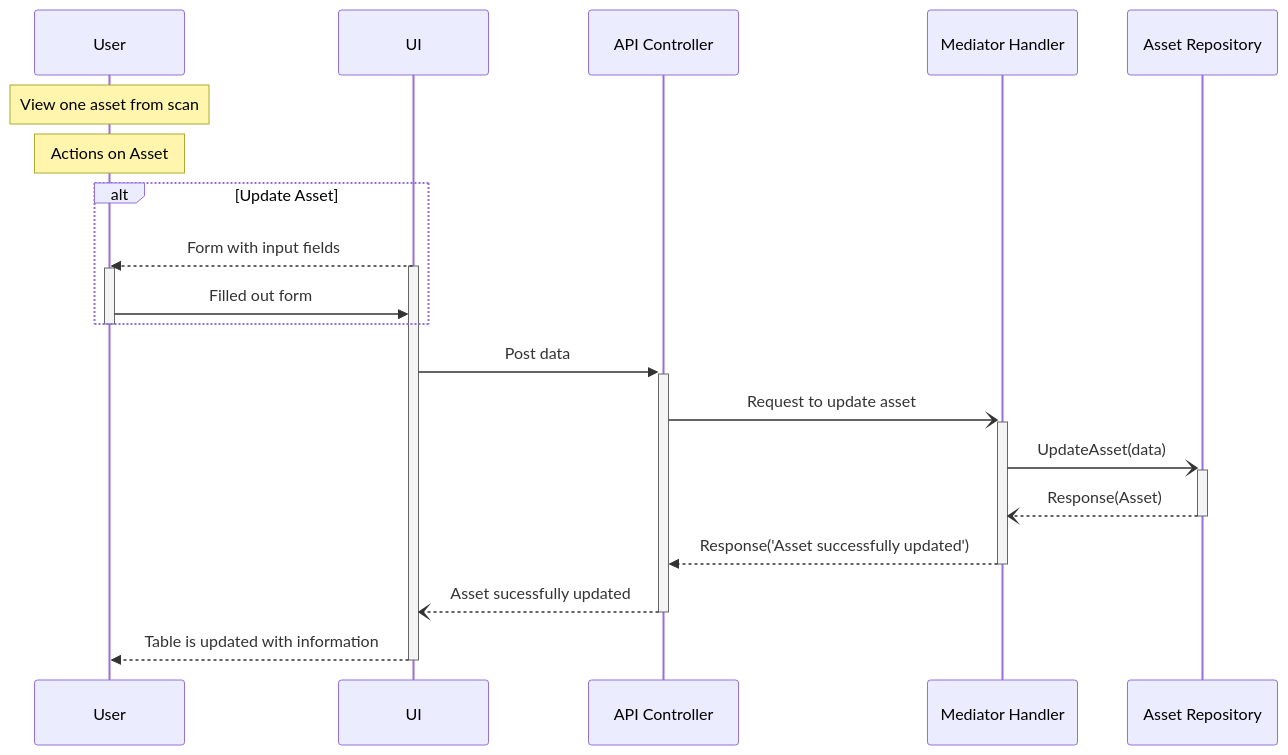
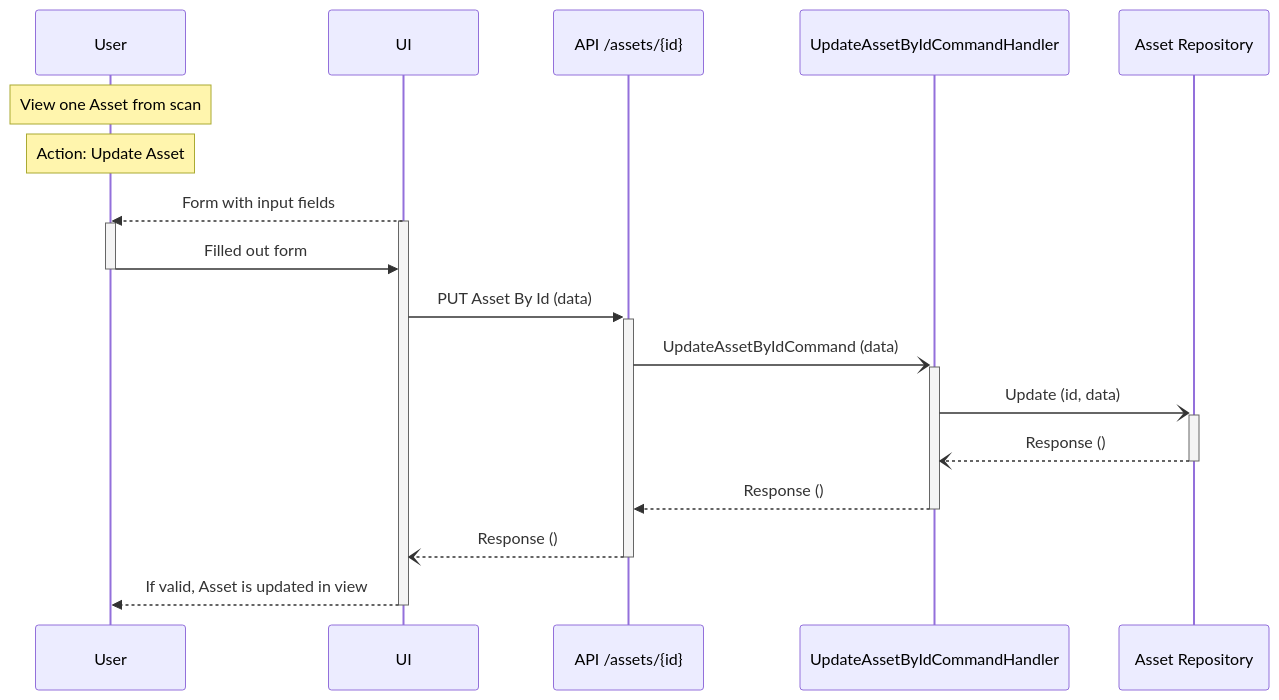
One commit to livun/bouvet-asset-hub changed the third of 3 diagrams in docs/sequence-diagrams/update-asset.md. Above: the diagram before and after it, drawn with Mermaid. The commit also changed other lines of this file and 7 other files, not shown here.

Commit message:
new sequence diagrams

````diff
--- a/docs/sequence-diagrams/update-asset.md
+++ b/docs/sequence-diagrams/update-asset.md
@@ -62,32 +50,18 @@
 ```mermaid
-    sequenceDiagram
-        Note over User : View one asset from scan
-        Note over User: Actions on Asset
-            
-            Alt Update Asset
-            
-                UI -->> User : Form with input fields
-                Activate UI
-                Activate User
-                User ->> UI : Filled out form 
-
-            End
-        Deactivate User
-        
-        UI ->>+ API Controller: Post data
-        
-        API Controller -)+ Mediator Handler : Request to update asset
-            
-        Mediator Handler -)+ Asset Repository : UpdateAsset(data)
-                
-        Asset Repository  --)- Mediator Handler : Response(Asset)
-                        
-        Mediator Handler -->>- API Controller : Response('Asset successfully updated')
-        
-        API Controller --)- UI  : Asset sucessfully updated
-        
-        UI -->> User : Table is updated with information
-        Deactivate UI
-
-     
+sequenceDiagram
+    Note over User : View one Asset from scan
+    Note over User: Action: Update Asset
+    UI -->> User : Form with input fields
+    Activate UI
+    Activate User
+        User ->> UI : Filled out form 
+    Deactivate User
+            UI ->>+ API /assets/{id}: PUT Asset By Id (data)
+                API /assets/{id} -)+ UpdateAssetByIdCommandHandler : UpdateAssetByIdCommand (data)
+                    UpdateAssetByIdCommandHandler -)+ Asset Repository : Update (id, data)
+                    Asset Repository  --)- UpdateAssetByIdCommandHandler : Response ()
+                UpdateAssetByIdCommandHandler -->>- API /assets/{id} : Response ()
+            API /assets/{id} --)- UI  : Response ()
+        UI -->> User : If valid, Asset is updated in view
+    Deactivate UI     
 ```
````
